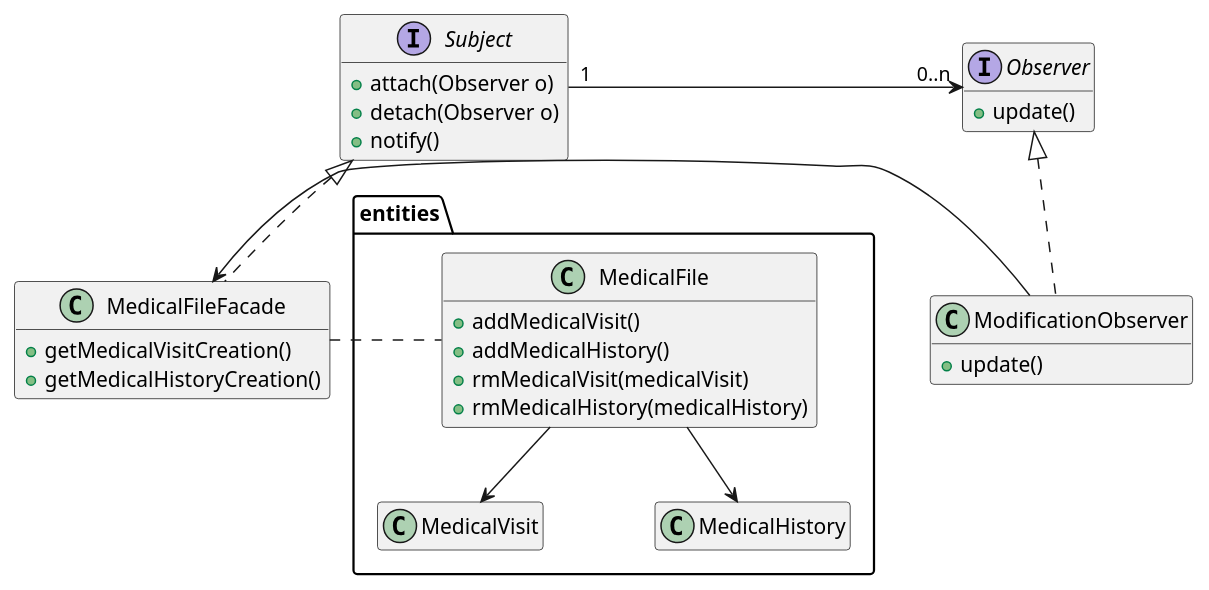
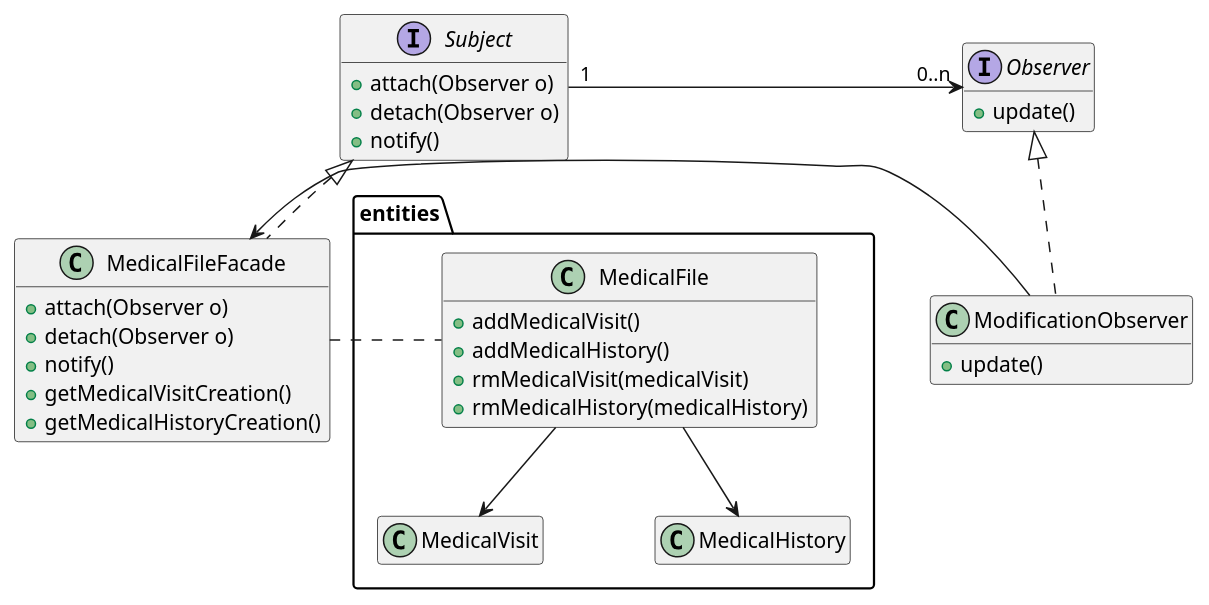
Before and after one commit to KevenJAntenor/Quebec-Centralized-Medical-Record-System: the diagram in plantUml-partie2/observer-class.puml, drawn with PlantUML. The commit also changed 1 other file, not shown here.

Commit message:
Update observer class puml

```diff
--- a/plantUml-partie2/observer-class.puml
+++ b/plantUml-partie2/observer-class.puml
@@ -1,55 +1,58 @@
 @startuml
 
 skinparam nodesep 75
 skinparam ranksep 50
 hide empty members
 
 together{
     interface Observer {
         +update()
     }
 
     class ModificationObserver {
         +update()
     }
 }
 
 interface Subject {
     +attach(Observer o) 
     +detach(Observer o)
     +notify()
 }
 together{
     class MedicalFileFacade {
+        +attach(Observer o)
+        +detach(Observer o)
+        +notify()
         +getMedicalVisitCreation()
         +getMedicalHistoryCreation()
     }
 
 
     package entities {
         class MedicalFile {
             +addMedicalVisit()
             +addMedicalHistory()
             +rmMedicalVisit(medicalVisit)
             +rmMedicalHistory(medicalHistory)
         }
 
         class MedicalVisit {
         }
 
         class MedicalHistory {
         }
     }
 }
 
 Subject "1" -> "0..n" Observer
 Observer <|.. ModificationObserver
 ModificationObserver -> MedicalFileFacade
 Subject <|.. MedicalFileFacade
 
 MedicalFileFacade . entities.MedicalFile
 
 MedicalFile --> MedicalVisit
 MedicalFile --> MedicalHistory
 
 @enduml
```
